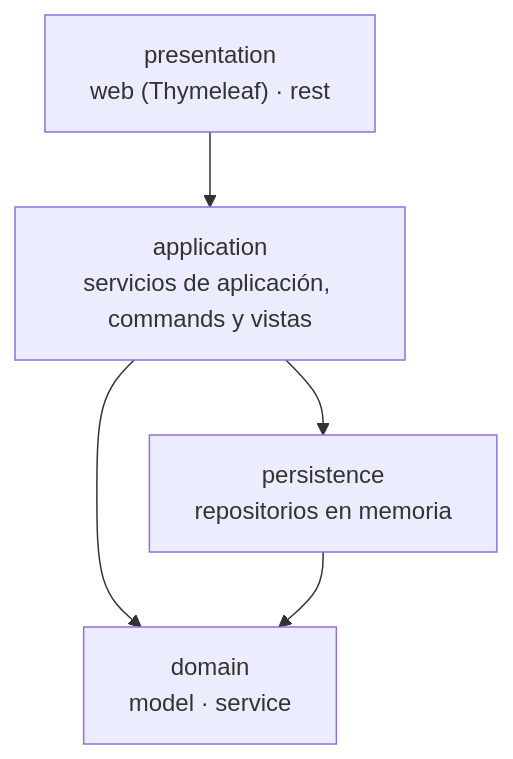
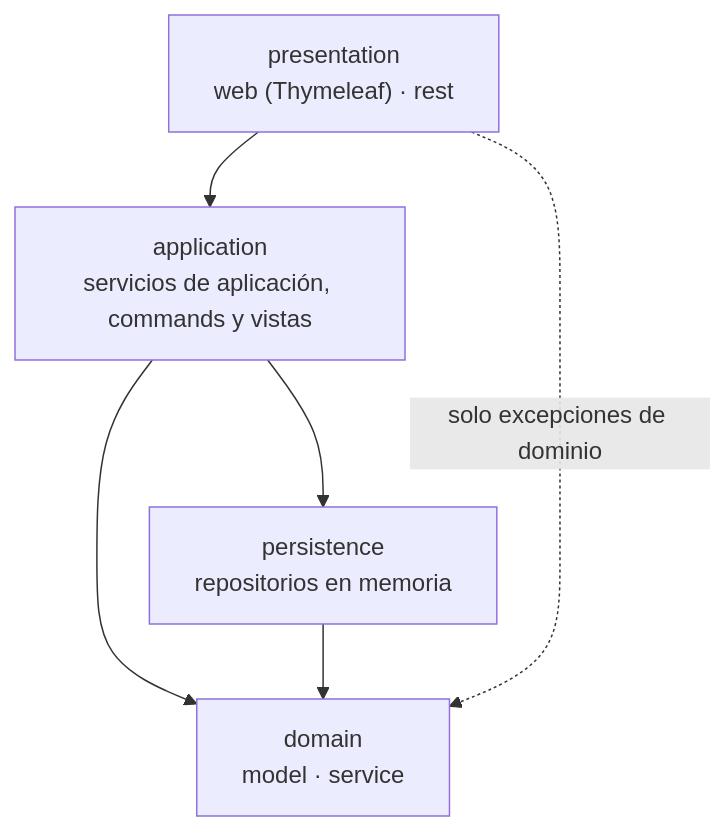
One commit to dawnrock/Proyect-DDD-Claude changed the first of 2 diagrams in docs/arquitectura/fase-1-capas.md. Above: the diagram before and after it, drawn with Mermaid. The commit also changed other lines of this file and 3 other files, not shown here.

````diff
--- a/docs/arquitectura/fase-1-capas.md
+++ b/docs/arquitectura/fase-1-capas.md
@@ -7,7 +7,8 @@
 ```mermaid
 flowchart TD
     P["presentation<br/>web (Thymeleaf) · rest"] --> A["application<br/>servicios de aplicación, commands y vistas"]
     A --> D["domain<br/>model · service"]
     A --> R["persistence<br/>repositorios en memoria"]
     R --> D
+    P -. "solo excepciones de dominio" .-> D
 ```
````
